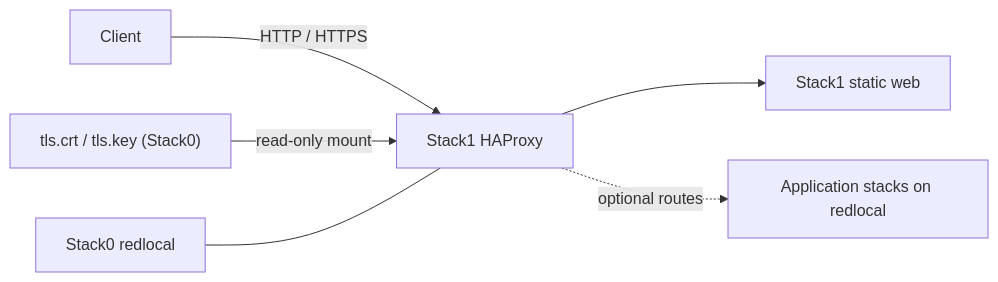
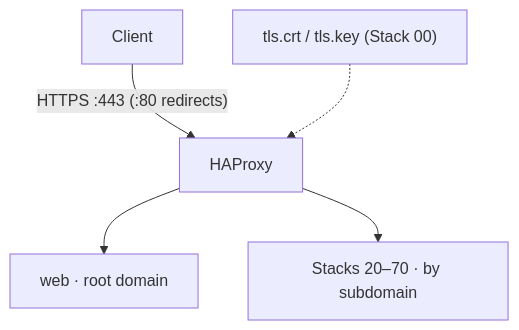
Before and after one commit to ea1het/local_hybrid_ai: the diagram in stack-10_-_haproxy_web/README.md, drawn with Mermaid. The commit also changed other lines of this file and 16 other files, not shown here.

````diff
--- a/stack-10_-_haproxy_web/README.md
+++ b/stack-10_-_haproxy_web/README.md
@@ -13,8 +13,7 @@
 ```mermaid
-flowchart LR
-    Client[Client] -->|HTTP / HTTPS| HAProxy[Stack1 HAProxy]
-    HAProxy --> Static[Stack1 static web]
-    HAProxy -.->|optional routes| Apps[Application stacks on redlocal]
-    TLS["tls.crt / tls.key (Stack0)"] -->|read-only mount| HAProxy
-    Network[Stack0 redlocal] --- HAProxy
+flowchart TB
+    Client -->|"HTTPS :443 (:80 redirects)"| HAProxy
+    TLS["tls.crt / tls.key (Stack 00)"] -.-> HAProxy
+    HAProxy --> web["web · root domain"]
+    HAProxy --> Apps["Stacks 20–70 · by subdomain"]
 ```
````
